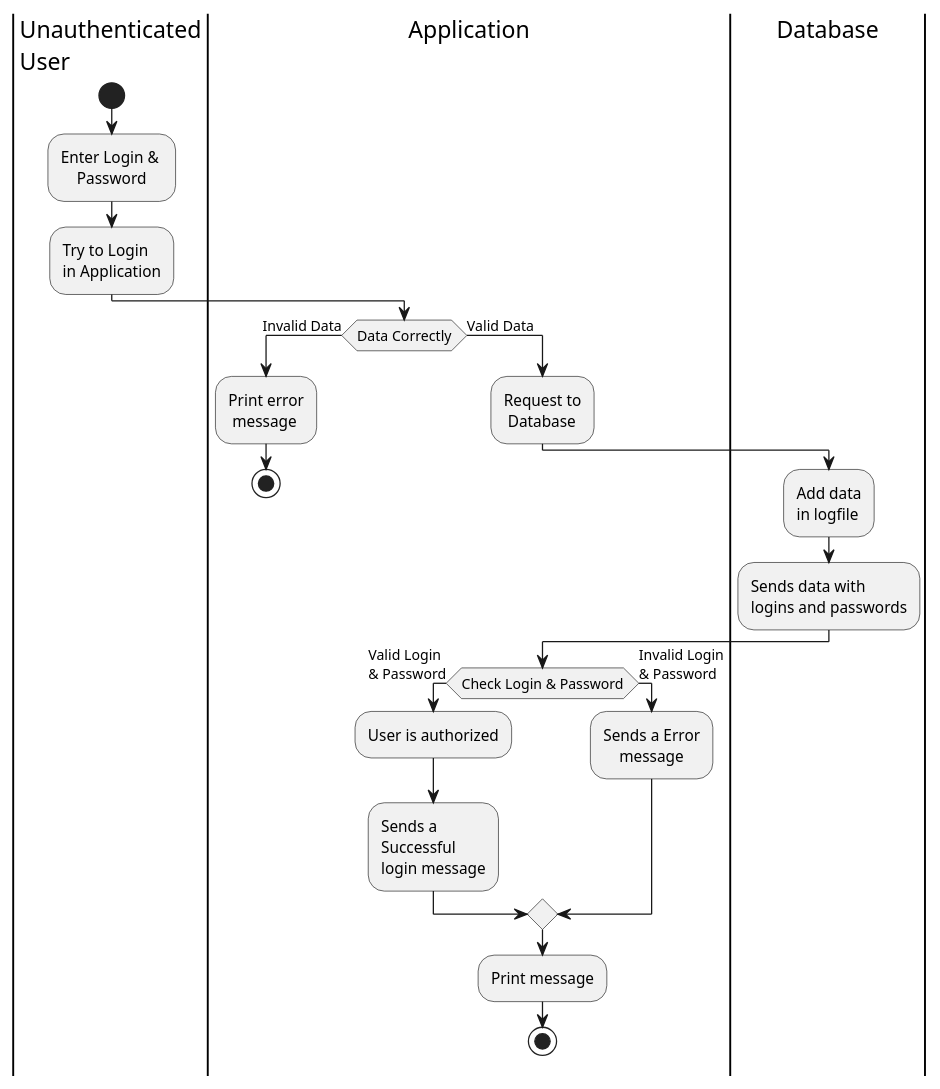
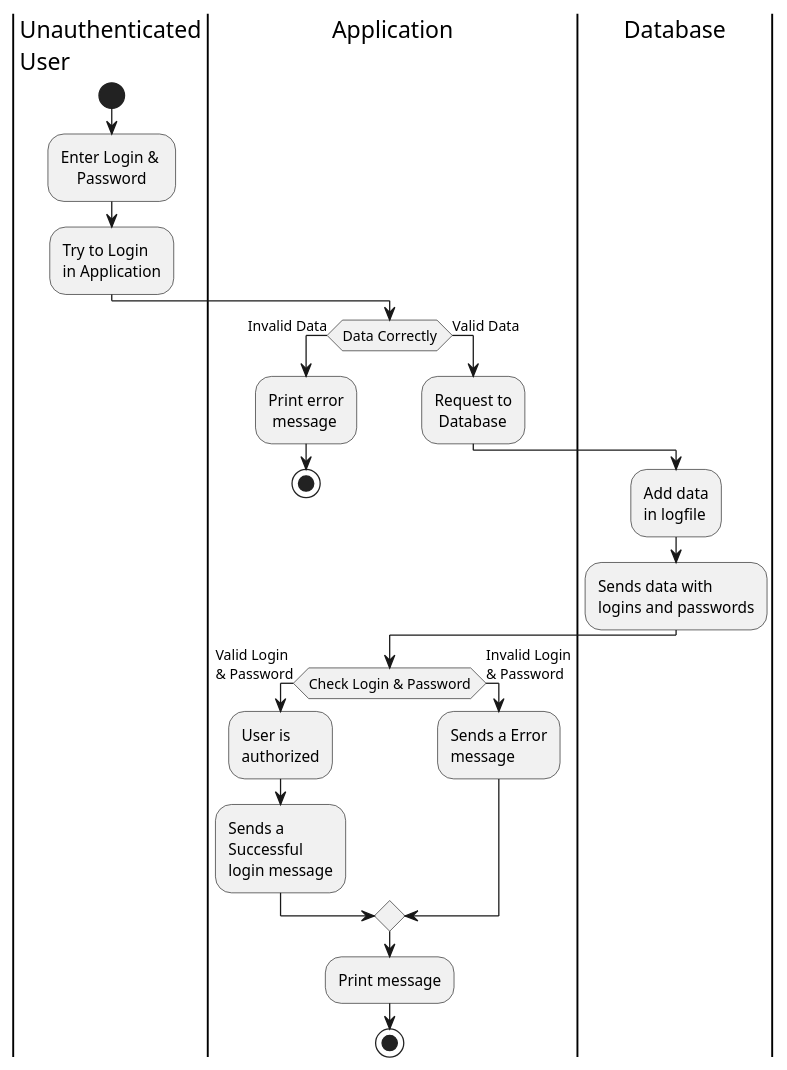
The diagram in ExchangeOfficeApplication/UML/ActivityLoginDiagram.puml (DanilaKe/ExchangeOfficeApplication), drawn with PlantUML before and after one commit. The commit also changed 5 other files, not shown here.

```diff
--- a/ExchangeOfficeApplication/UML/ActivityLoginDiagram.puml
+++ b/ExchangeOfficeApplication/UML/ActivityLoginDiagram.puml
@@ -1,25 +1,25 @@
 @startuml
-|Unauthenticated\nUser|
-    start
-    :Enter Login & \n    Password;
-    :Try to Login\nin Application;
-|Application|
-    if (Data Correctly) then (Invalid Data)
-      :Print error\n message;
-      stop
-    else (Valid Data)
-    :Request to\n Database;
-|Database|
-    :Add data\nin logfile;
-    :Sends data with\nlogins and passwords;
-|Application|
-    if (Check Login & Password) then (Valid Login\n& Password)
-      :User is authorized;
-      :Sends a\nSuccessful\nlogin message; 
-    else (Invalid Login\n& Password)
-      :Sends a Error 
-          message;
-    endif
-    :Print message;
-stop
+    |Unauthenticated\nUser|
+        start
+            :Enter Login & \n    Password;
+            :Try to Login\nin Application;
+    |Application|
+            if (Data Correctly) then (Invalid Data)
+                :Print error\n message;
+                stop
+            else (Valid Data)
+                :Request to\n Database;
+    |Database|
+                :Add data\nin logfile;
+                :Sends data with\nlogins and passwords;
+            endif
+    |Application|
+            if (Check Login & Password) then (Valid Login\n& Password)
+                :User is\nauthorized;
+                :Sends a\nSuccessful\nlogin message; 
+            else (Invalid Login\n& Password)
+                :Sends a Error\nmessage;
+            endif
+            :Print message;
+        stop
 @enduml
```
